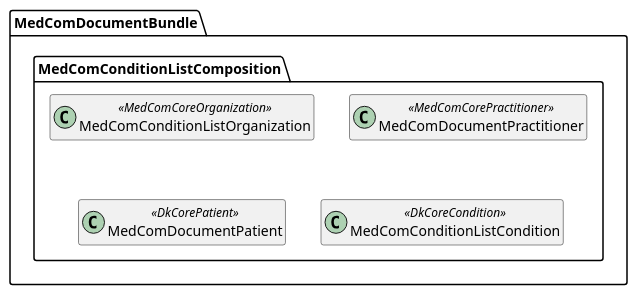
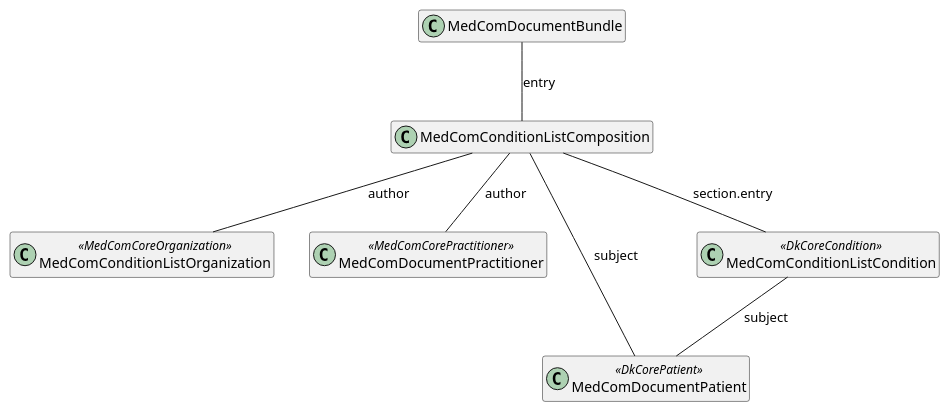
Before and after one commit to medcomdk/dk-medcom-conditionlist: the diagram in input/puml/MedComDocument.puml, drawn with PlantUML. The commit also changed 5 other files, not shown here.

```diff
--- a/input/puml/MedComDocument.puml
+++ b/input/puml/MedComDocument.puml
@@ -1,17 +1,20 @@
 @startuml DocumentModel
 
 hide empty members
 
-package "MedComDocumentBundle" as document {
-    package "MedComConditionListComposition" as composition {
-        class "MedComConditionListOrganization" as organization <<MedComCoreOrganization>>
-        class "MedComDocumentPractitioner" as practitioner <<MedComCorePractitioner>>
-        class "MedComDocumentPatient" as patient <<DkCorePatient>>
-        class "MedComConditionListCondition" as condition <<DkCoreCondition>>
-    }
+class "MedComDocumentBundle" as document
+class "MedComConditionListComposition" as composition
+class "MedComConditionListOrganization" as organization <<MedComCoreOrganization>>
+class "MedComDocumentPractitioner" as practitioner <<MedComCorePractitioner>>
+class "MedComDocumentPatient" as patient <<DkCorePatient>>
+class "MedComConditionListCondition" as condition <<DkCoreCondition>>
    
-}
-
+document -- composition : "entry"
+composition -- organization : "author"
+composition -- practitioner : "author"
+composition -- patient : "subject"
+composition -- condition : "section.entry"
+condition -- patient : "subject"
 
 
 @enduml
```
